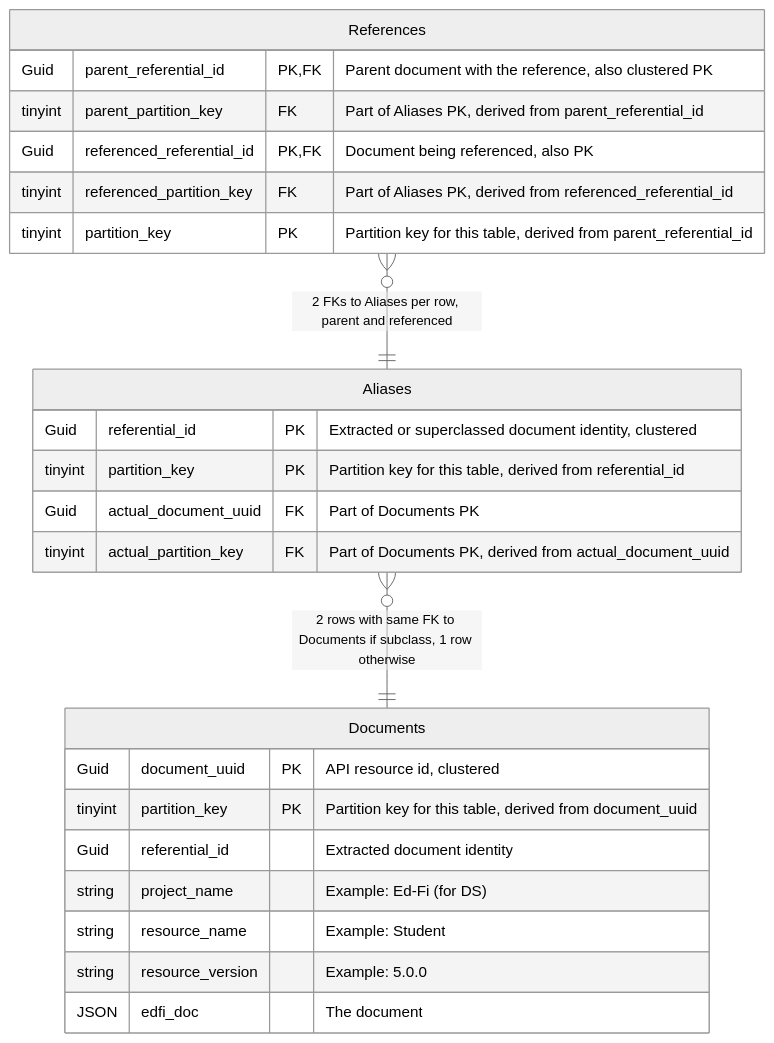
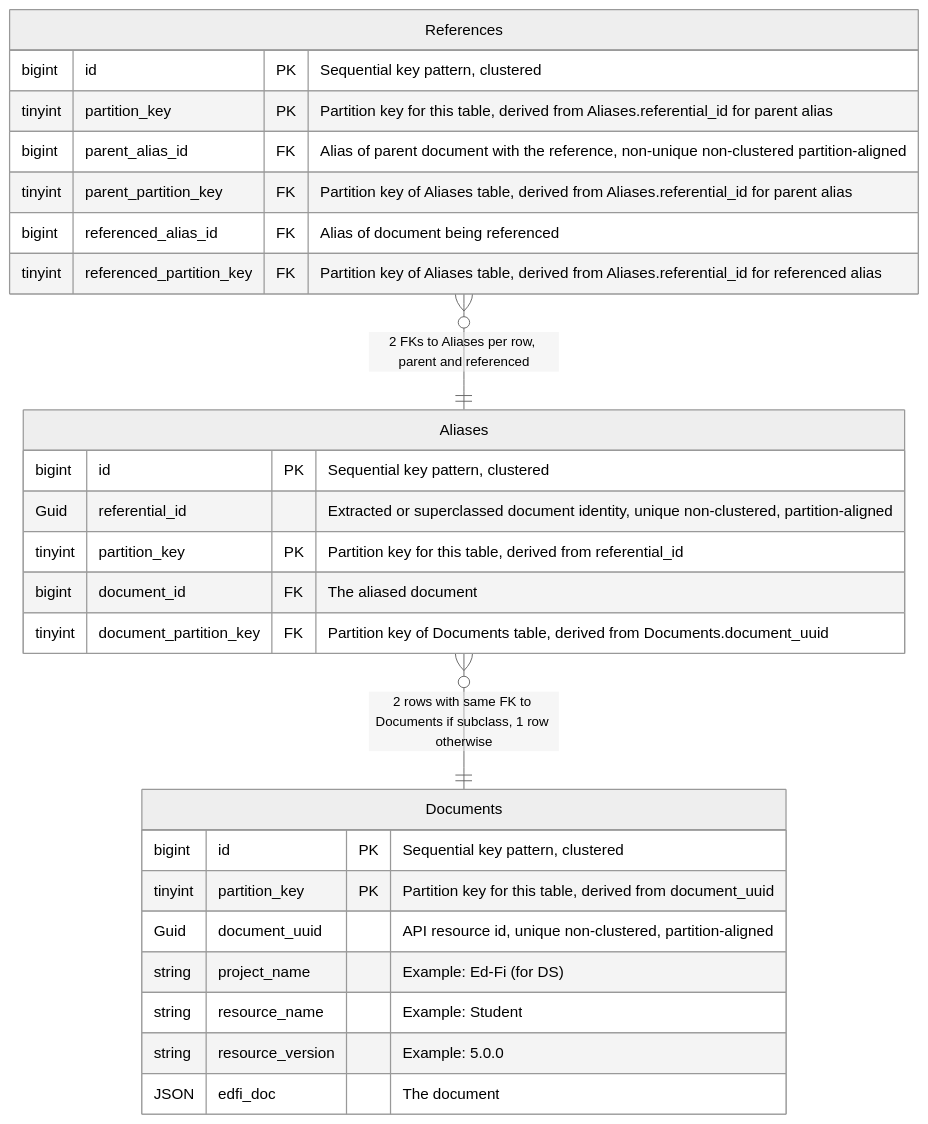
Before and after one commit to Ed-Fi-Alliance-OSS/Project-Tanager: the first of 3 diagrams in docs/DMS/PRIMARY-DATA-STORAGE.md, drawn with Mermaid (neutral theme). The commit also changed other lines of this file and 1 other file, not shown here.

Commit message:
[DMS-18] Consolidate data storage document and update query design, index needs and access patterns

````diff
--- a/docs/DMS/PRIMARY-DATA-STORAGE.md
+++ b/docs/DMS/PRIMARY-DATA-STORAGE.md
@@ -50,27 +50,29 @@
 ```mermaid
 erDiagram
     References }o--|| Aliases : "2 FKs to Aliases per row, parent and referenced"
     References {
-        Guid parent_referential_id PK, FK "Parent document with the reference, also clustered PK"
-        tinyint parent_partition_key FK "Part of Aliases PK, derived from parent_referential_id"
-        Guid referenced_referential_id PK, FK "Document being referenced, also PK"
-        tinyint referenced_partition_key FK "Part of Aliases PK, derived from referenced_referential_id"
-        tinyint partition_key PK "Partition key for this table, derived from parent_referential_id"
+        bigint id PK "Sequential key pattern, clustered"
+        tinyint partition_key PK "Partition key for this table, derived from Aliases.referential_id for parent alias"
+        bigint parent_alias_id FK "Alias of parent document with the reference, non-unique non-clustered partition-aligned"
+        tinyint parent_partition_key FK "Partition key of Aliases table, derived from Aliases.referential_id for parent alias"
+        bigint referenced_alias_id FK "Alias of document being referenced"
+        tinyint referenced_partition_key FK "Partition key of Aliases table, derived from Aliases.referential_id for referenced alias"
     }
     Aliases }o--|| Documents : "2 rows with same FK to Documents if subclass, 1 row otherwise"
     Aliases {
-        Guid referential_id PK "Extracted or superclassed document identity, clustered"
+        bigint id PK "Sequential key pattern, clustered"
+        Guid referential_id "Extracted or superclassed document identity, unique non-clustered, partition-aligned"
         tinyint partition_key PK "Partition key for this table, derived from referential_id"
-        Guid actual_document_uuid FK "Part of Documents PK"
-        tinyint actual_partition_key FK "Part of Documents PK, derived from actual_document_uuid"
+        bigint document_id FK "The aliased document"
+        tinyint document_partition_key FK "Partition key of Documents table, derived from Documents.document_uuid"
     }
     Documents {
-        Guid document_uuid PK "API resource id, clustered"
+        bigint id PK "Sequential key pattern, clustered"
         tinyint partition_key PK "Partition key for this table, derived from document_uuid"
-        Guid referential_id "Extracted document identity"
+        Guid document_uuid "API resource id, unique non-clustered, partition-aligned"
         string project_name "Example: Ed-Fi (for DS)"
         string resource_name "Example: Student"
         string resource_version "Example: 5.0.0"
         JSON edfi_doc "The document"
     }
 ```
````
